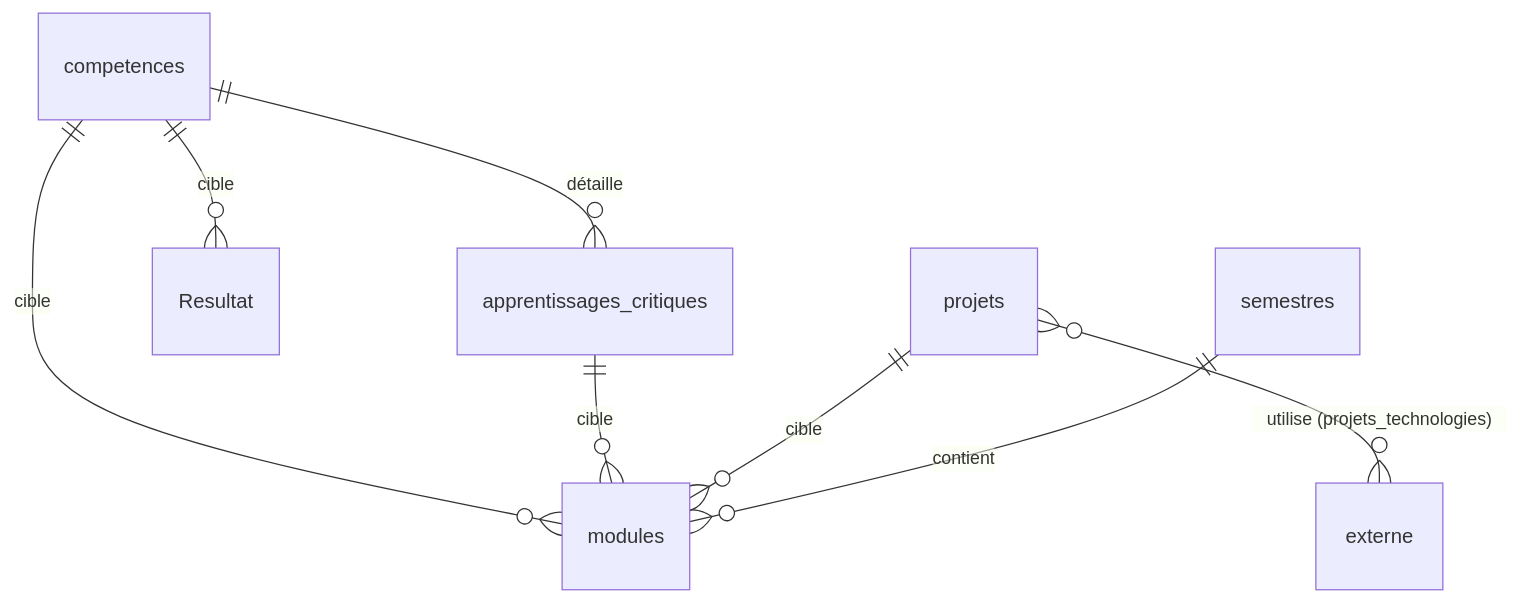
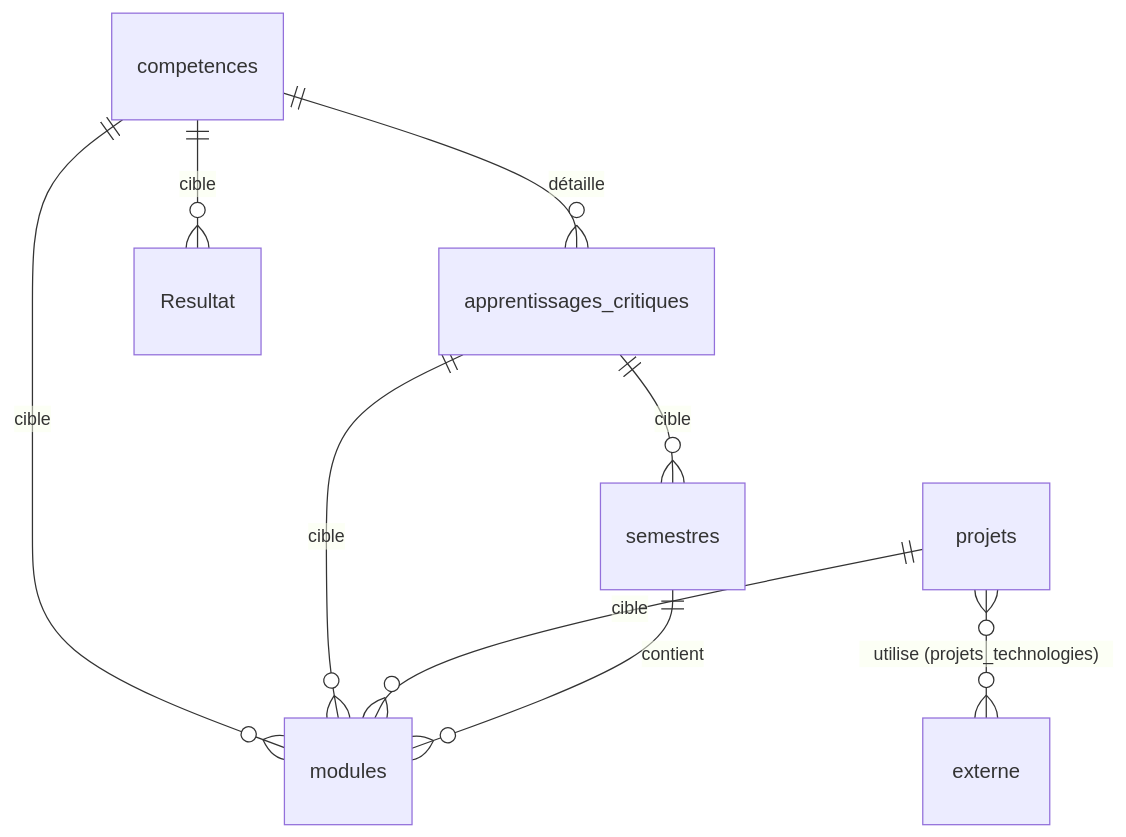
Before and after one commit to tshazlytembo123-bot/tshazly-man-tte: the second of 2 diagrams in architecture/ARCHITECTURE.md, drawn with Mermaid.

Commit message:
Add relationship between apprentissages_critiques and semestres

````diff
--- a/architecture/ARCHITECTURE.md
+++ b/architecture/ARCHITECTURE.md
@@ -65,11 +65,12 @@
 ```mermaid
 erDiagram
   competences ||--o{ apprentissages_critiques : "détaille"
   competences ||--o{ modules : "cible"
   competences  ||--o{ Resultat  : "cible"
   apprentissages_critiques ||--o{ modules : "cible"
+  apprentissages_critiques ||--o{ semestres : "cible"
   projets ||--o{modules : "cible"
   projets }o--o{ externe : "utilise (projets_technologies)"
   semestres ||--o{ modules : "contient"
   
 ```
````
